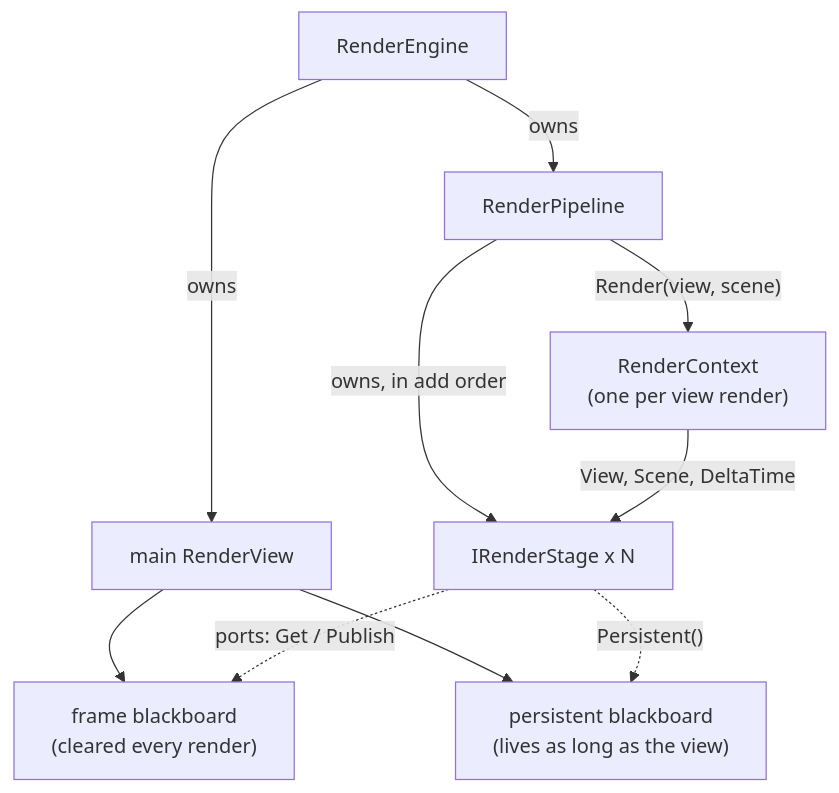
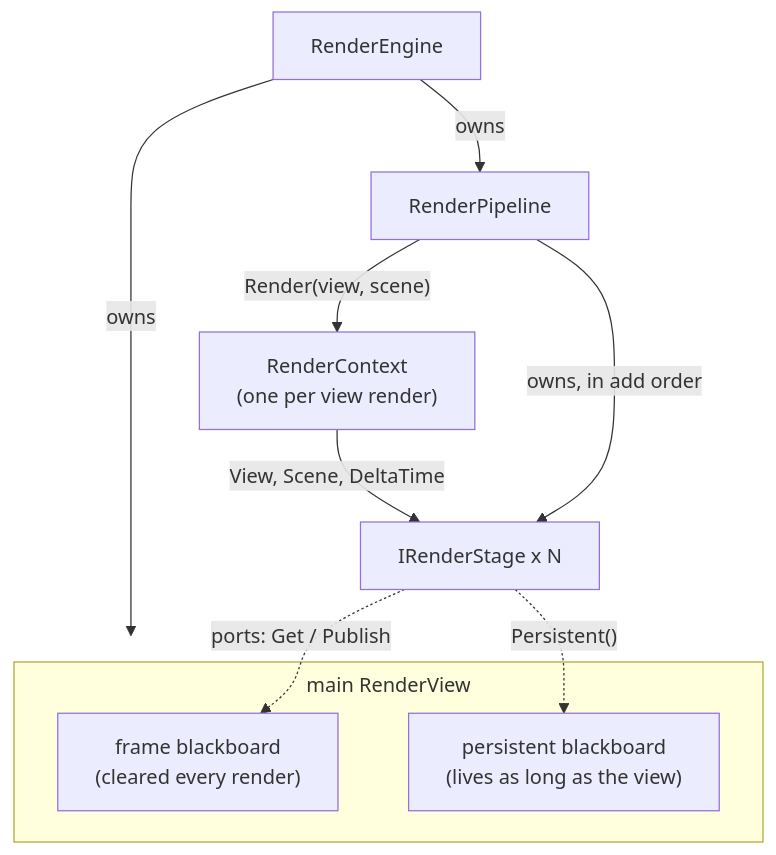
Before and after one commit to b1nary0/RZE: the second of 4 diagrams in Docs/Generated/Engine/04-Rendering/Render-Stages.md, drawn with Mermaid. The commit also changed other lines of this file and 21 other files, not shown here.

First line of the commit message:
Fix diagrams that failed to render or hid their own text

````diff
--- a/Docs/Generated/Engine/04-Rendering/Render-Stages.md
+++ b/Docs/Generated/Engine/04-Rendering/Render-Stages.md
@@ -35,12 +36,15 @@
 ```mermaid
+%%{init: {'flowchart': {'subGraphTitleMargin': {'top': 6, 'bottom': 10}}, 'themeCSS': '.labelBkg, .edgeLabel { background-color: var(--background-primary) !important; } .messageText, .labelText, .loopText { paint-order: stroke; stroke: var(--background-primary); stroke-width: 5px; stroke-linejoin: round; }'}}%%
 flowchart TD
     RE["RenderEngine"] -->|owns| RP["RenderPipeline"]
-    RE -->|owns| MV["main RenderView"]
-    RP -->|owns, in add order| Stages["IRenderStage x N"]
+    RE -->|owns| MV
+    RP -->|"owns, in add order"| Stages["IRenderStage x N"]
     RP -->|"Render(view, scene)"| Ctx["RenderContext<br/>(one per view render)"]
-    Ctx -->|View, Scene, DeltaTime| Stages
-    MV --> Frame["frame blackboard<br/>(cleared every render)"]
-    MV --> Persist["persistent blackboard<br/>(lives as long as the view)"]
-    Stages -. "ports: Get / Publish" .-> Frame
-    Stages -. "Persistent()" .-> Persist
+    Ctx -->|"View, Scene, DeltaTime"| Stages
+    subgraph MV["main RenderView"]
+        Frame["frame blackboard<br/>(cleared every render)"]
+        Persist["persistent blackboard<br/>(lives as long as the view)"]
+    end
+    Stages -.->|"ports: Get / Publish"| Frame
+    Stages -.->|"Persistent()"| Persist
 ```
````
